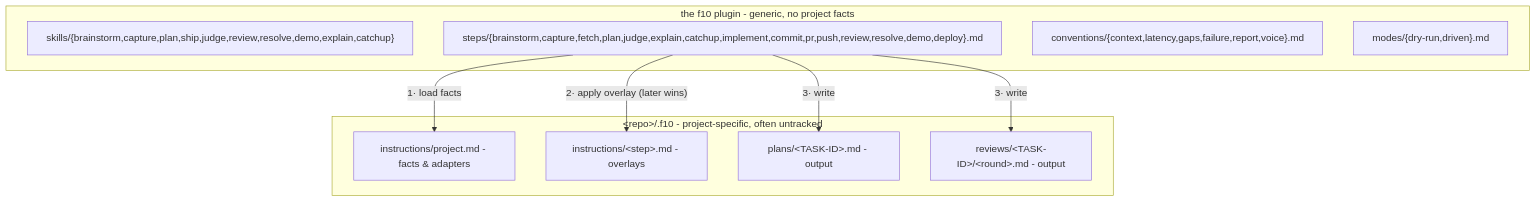
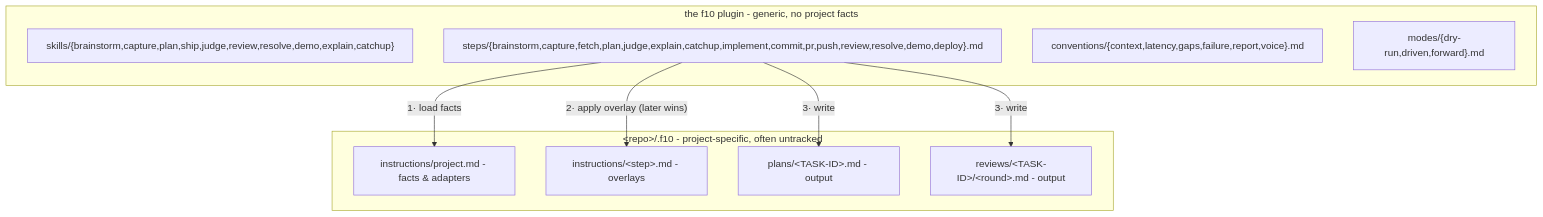
Before and after one commit to amberpixels/f10: the second of 2 diagrams in README.md, drawn with Mermaid. The commit also changed other lines of this file and 19 other files, not shown here.

````diff
--- a/README.md
+++ b/README.md
@@ -220,19 +221,19 @@
 ```mermaid
 flowchart TB
     subgraph plugin ["the f10 plugin - generic, no project facts"]
         skills2["skills/{brainstorm,capture,plan,ship,judge,review,resolve,demo,explain,catchup}"]
         gsteps["steps/{brainstorm,capture,fetch,plan,judge,explain,catchup,implement,commit,pr,push,review,resolve,demo,deploy}.md"]
         conv["conventions/{context,latency,gaps,failure,report,voice}.md"]
-        modes2["modes/{dry-run,driven}.md"]
+        modes2["modes/{dry-run,driven,forward}.md"]
     end
     subgraph repo ["&lt;repo&gt;/.f10 - project-specific, often untracked"]
         proj["instructions/project.md - facts & adapters"]
         over["instructions/&lt;step&gt;.md - overlays"]
         plans2["plans/&lt;TASK-ID&gt;.md - output"]
         reviews2["reviews/&lt;TASK-ID&gt;/&lt;round&gt;.md - output"]
     end
     gsteps -- "1· load facts" --> proj
     gsteps -- "2· apply overlay (later wins)" --> over
     gsteps -- "3· write" --> plans2
     gsteps -- "3· write" --> reviews2
 ```
````
